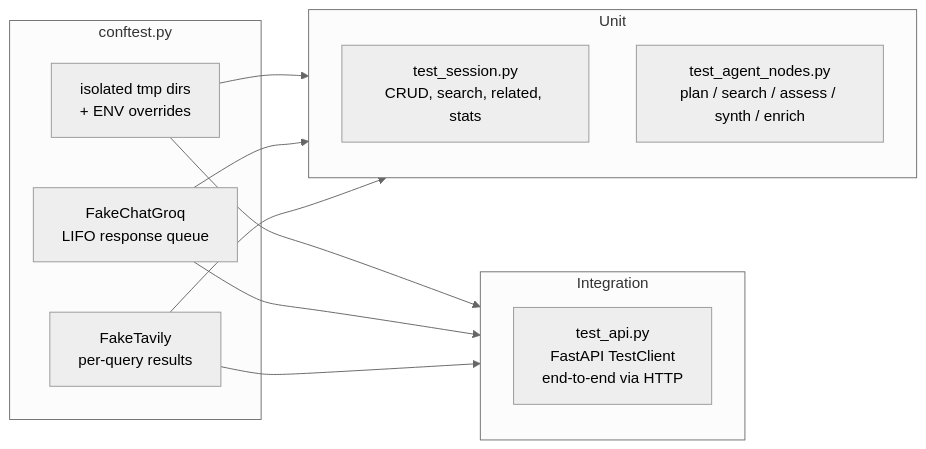
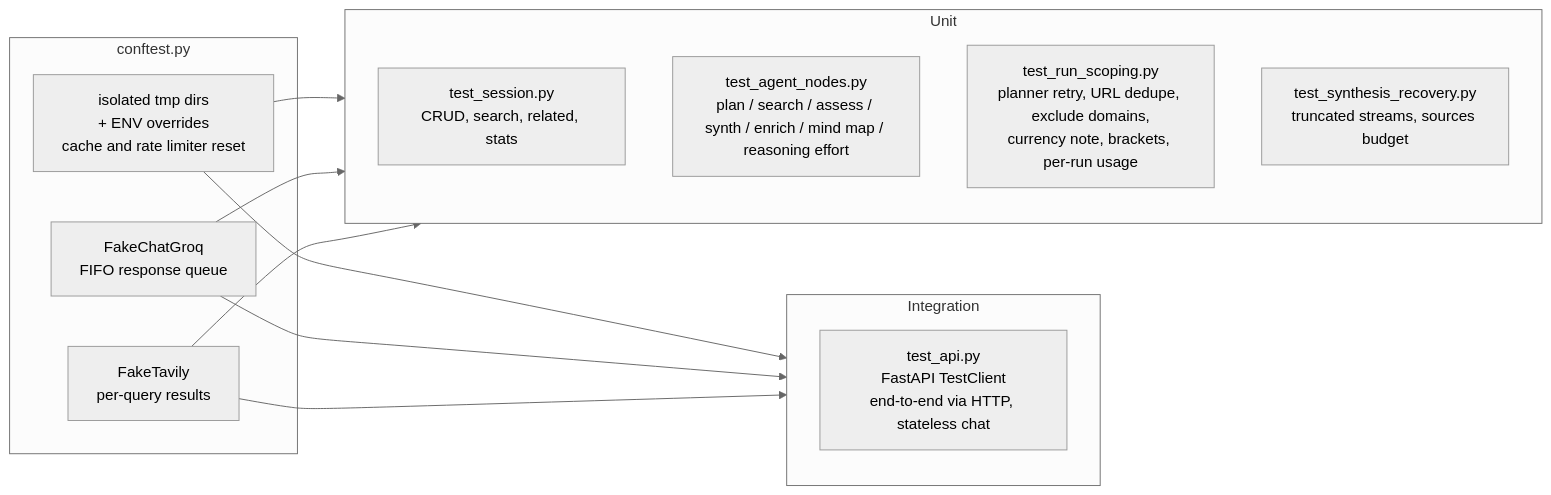
One commit to Sanchitaccenture/deep-research-agent changed the sixth of 6 diagrams in ARCHITECTURE.md. Above: the diagram before and after it, drawn with Mermaid (neutral theme). The commit also changed other lines of this file, not shown here.

Commit message:
Update ARCHITECTURE.md to match current design

````diff
--- a/ARCHITECTURE.md
+++ b/ARCHITECTURE.md
@@ -196,24 +338,26 @@
 ```mermaid
 flowchart LR
     subgraph Fixtures[conftest.py]
-      ENV[isolated tmp dirs<br/>+ ENV overrides]
-      FLLM[FakeChatGroq<br/>LIFO response queue]
+      ENV[isolated tmp dirs<br/>+ ENV overrides<br/>cache and rate limiter reset]
+      FLLM[FakeChatGroq<br/>FIFO response queue]
       FTAV[FakeTavily<br/>per-query results]
     end
 
     subgraph Unit
       SESS[test_session.py<br/>CRUD, search, related, stats]
-      NODES[test_agent_nodes.py<br/>plan / search / assess / synth / enrich]
+      NODES[test_agent_nodes.py<br/>plan / search / assess / synth / enrich / mind map / reasoning effort]
+      SCOPE[test_run_scoping.py<br/>planner retry, URL dedupe, exclude domains,<br/>currency note, brackets, per-run usage]
+      RECOV[test_synthesis_recovery.py<br/>truncated streams, sources budget]
     end
 
     subgraph Integration
-      API[test_api.py<br/>FastAPI TestClient<br/>end-to-end via HTTP]
+      API[test_api.py<br/>FastAPI TestClient<br/>end-to-end via HTTP, stateless chat]
     end
 
     ENV --> Unit
     ENV --> Integration
     FLLM --> Unit
     FLLM --> Integration
     FTAV --> Unit
     FTAV --> Integration
 ```
````
